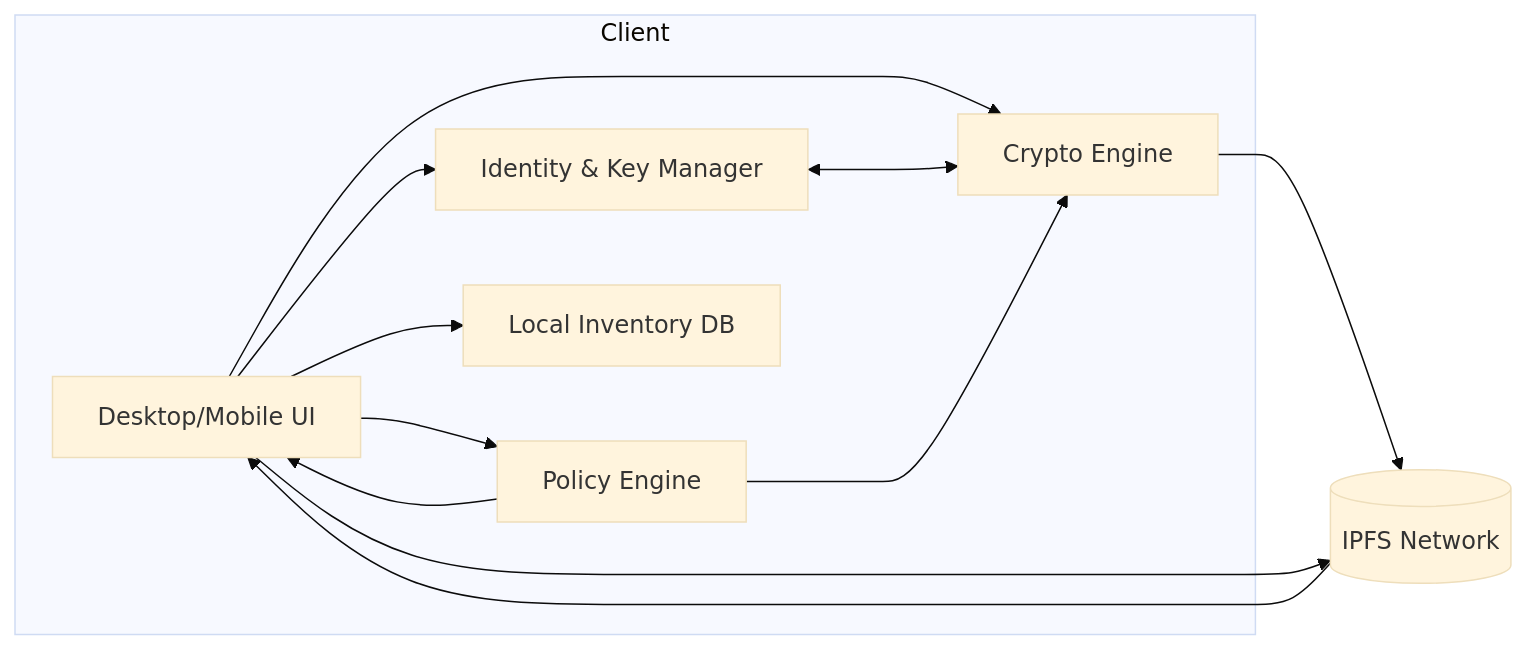
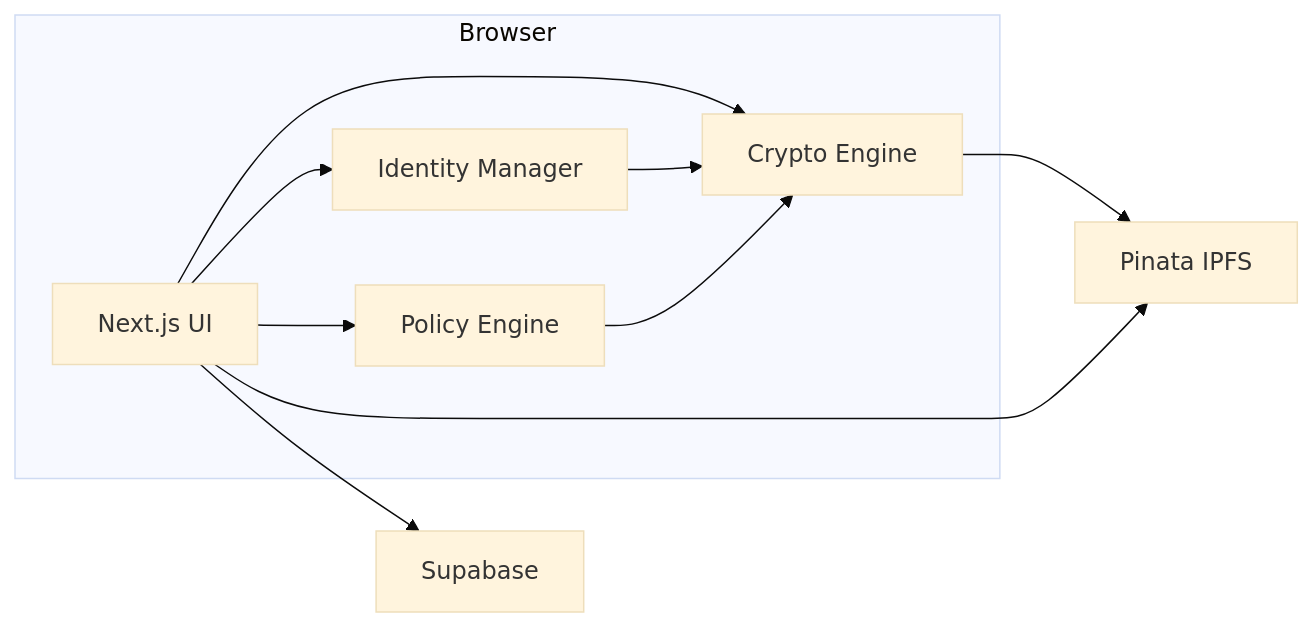
The first of 6 diagrams in Readme.md (Teycir/TrustCircle), drawn with Mermaid (base theme) before and after one commit. The commit also changed other lines of this file and 14 other files, not shown here.

First line of the commit message:
feat: update to web-based TrustCircle Lite with Next.js, Supabase, and Pinata

````diff
--- a/Readme.md
+++ b/Readme.md
@@ -39,23 +42,21 @@
 ```mermaid
 graph LR
-  subgraph Client
-    UI[Desktop/Mobile UI]
-    ID[Identity & Key Manager]
+  subgraph Browser
+    UI[Next.js UI]
+    ID[Identity Manager]
     ENC[Crypto Engine]
     POL[Policy Engine]
-    INV[Local Inventory DB]
   end
 
-  IPFS[(IPFS Network)]
+  IPFS[Pinata IPFS]
+  SB[Supabase]
 
   UI --> ID
   UI --> POL
   UI --> ENC
-  ID <---> ENC
+  ID --> ENC
   POL --> ENC
-  UI --> INV
   ENC --> IPFS
-  POL --> UI
+  UI --> SB
   UI --> IPFS
-  IPFS --> UI
 ```
````
